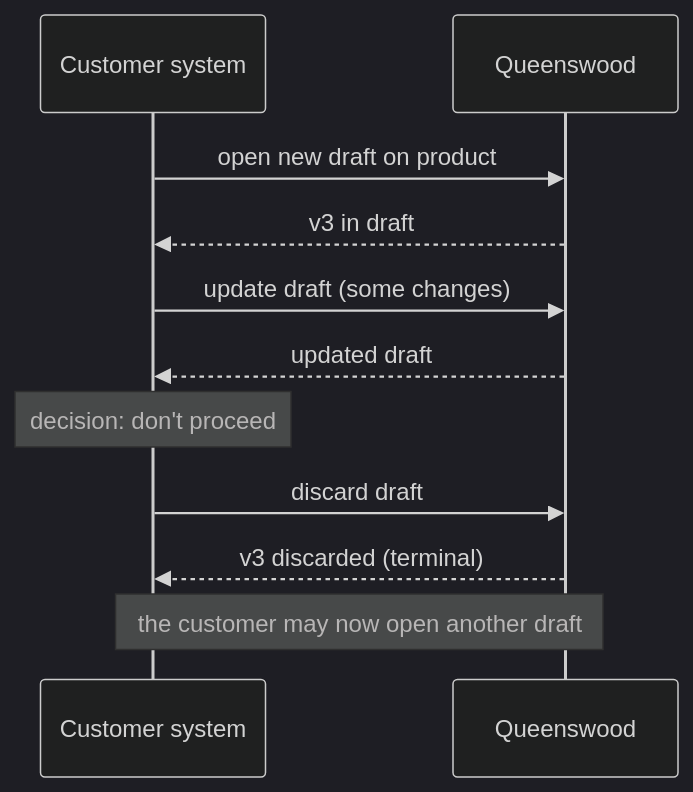
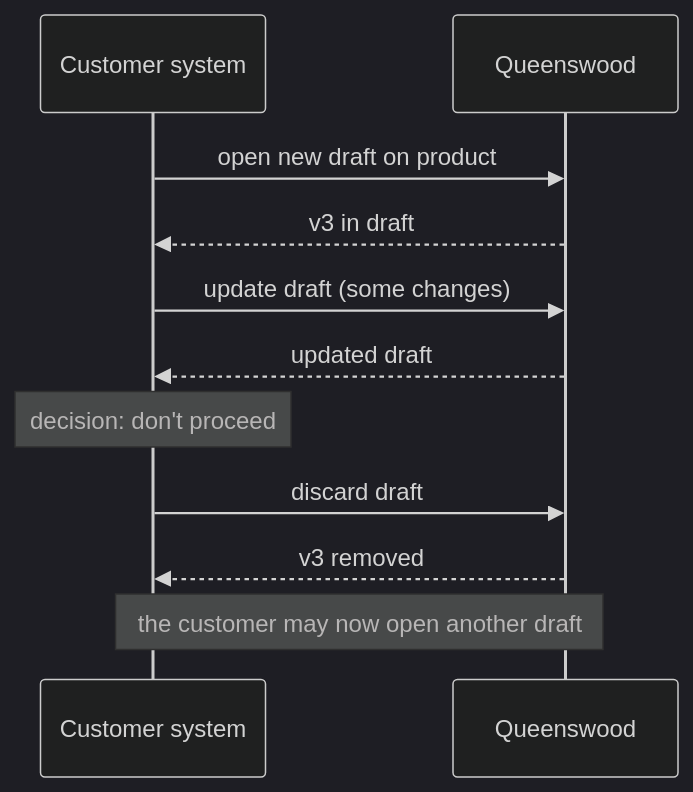
One commit to repldriven/queenswood changed the third of 4 diagrams in docs/prd/cash-account-products.md. Above: the diagram before and after it, drawn with Mermaid (dark theme). The commit also changed other lines of this file and 40 other files, not shown here.

````diff
--- a/docs/prd/cash-account-products.md
+++ b/docs/prd/cash-account-products.md
@@ -283,14 +286,14 @@
 ```mermaid
 sequenceDiagram
     participant T as Customer system
     participant Q as Queenswood
 
     T->>Q: open new draft on product
     Q-->>T: v3 in draft
     T->>Q: update draft (some changes)
     Q-->>T: updated draft
     Note over T: decision: don't proceed
     T->>Q: discard draft
-    Q-->>T: v3 discarded (terminal)
+    Q-->>T: v3 removed
     Note over T,Q: the customer may now open another draft
 ```
````
